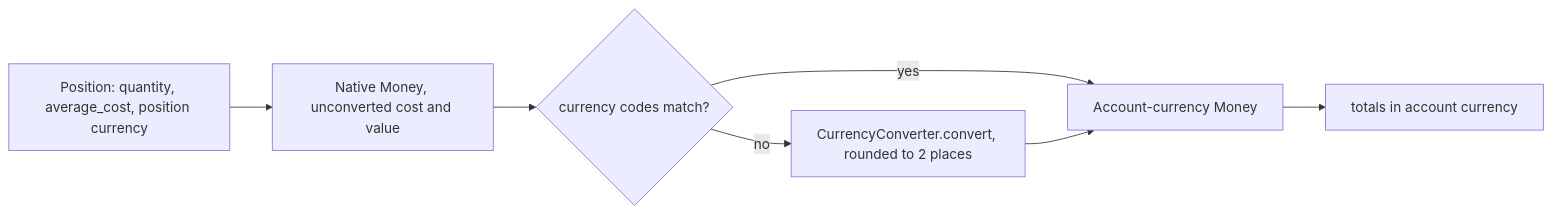
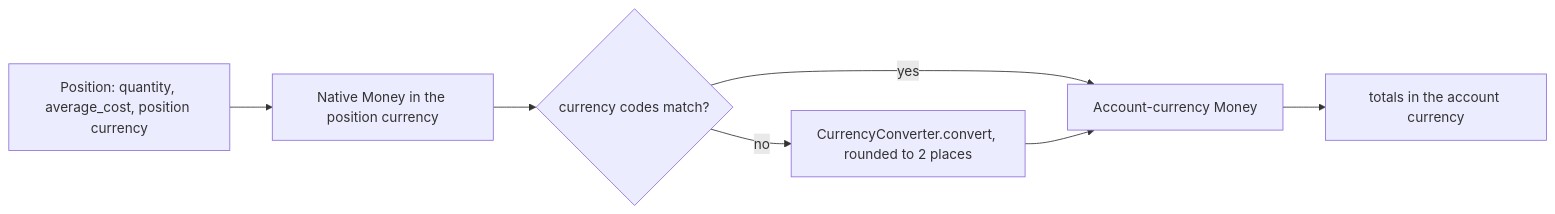
One commit to havekes/retail-portfolio changed the second of 3 diagrams in openwiki/concepts/money-and-currency.md. Above: the diagram before and after it, drawn with Mermaid. The commit also changed other lines of this file and 57 other files, not shown here.

````diff
--- a/openwiki/concepts/money-and-currency.md
+++ b/openwiki/concepts/money-and-currency.md
@@ -191,9 +267,9 @@
 ```mermaid
 flowchart LR
-  pos["Position: quantity, average_cost, position currency"] --> native["Native Money, unconverted cost and value"]
+  pos["Position: quantity, average_cost, position currency"] --> native["Native Money in the position currency"]
   native --> check{"currency codes match?"}
   check -- yes --> acct["Account-currency Money"]
   check -- no --> conv["CurrencyConverter.convert, rounded to 2 places"]
   conv --> acct
-  acct --> totals["totals in account currency"]
+  acct --> totals["totals in the account currency"]
 ```
````
